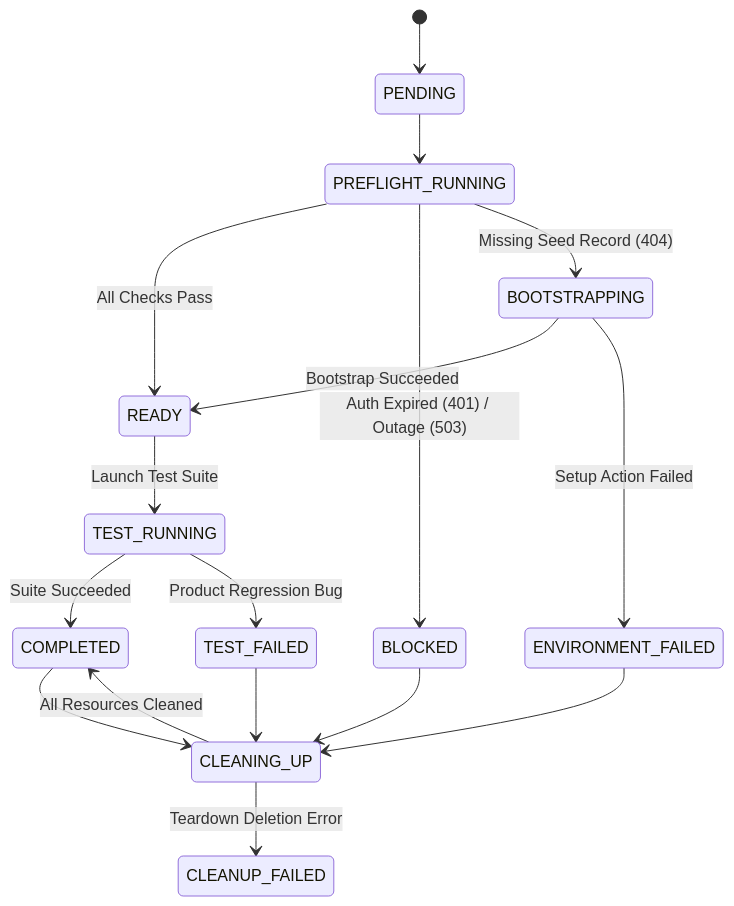
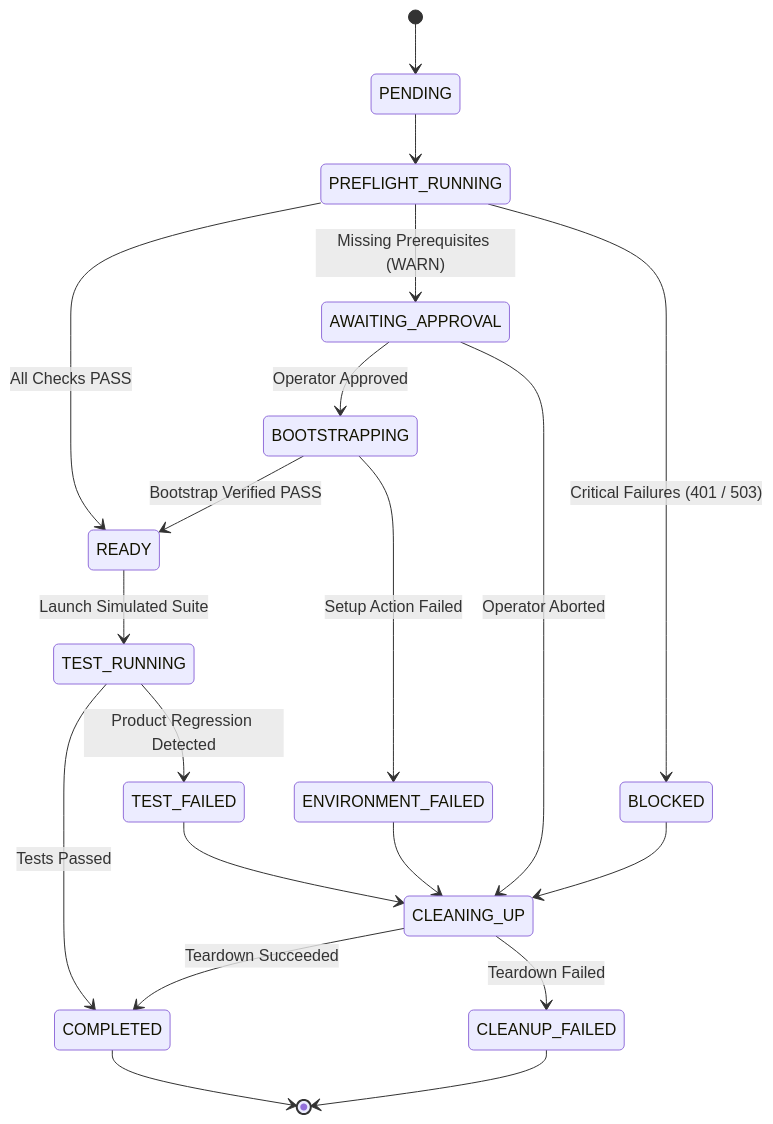
The diagram in README.md (Harsh33t/Enviornment-readiness-Orchestrator-), drawn with Mermaid before and after one commit. The commit also changed other lines of this file and 22 other files, not shown here.

````diff
--- a/README.md
+++ b/README.md
@@ -66,19 +34,22 @@
 ```mermaid
 stateDiagram-v2
     [*] --> PENDING
     PENDING --> PREFLIGHT_RUNNING
-    PREFLIGHT_RUNNING --> READY: All Checks Pass
-    PREFLIGHT_RUNNING --> BLOCKED: Auth Expired (401) / Outage (503)
-    PREFLIGHT_RUNNING --> BOOTSTRAPPING: Missing Seed Record (404)
-    BOOTSTRAPPING --> READY: Bootstrap Succeeded
+    PREFLIGHT_RUNNING --> READY: All Checks PASS
+    PREFLIGHT_RUNNING --> AWAITING_APPROVAL: Missing Prerequisites (WARN)
+    PREFLIGHT_RUNNING --> BLOCKED: Critical Failures (401 / 503)
+    AWAITING_APPROVAL --> BOOTSTRAPPING: Operator Approved
+    AWAITING_APPROVAL --> CLEANING_UP: Operator Aborted
+    BOOTSTRAPPING --> READY: Bootstrap Verified PASS
     BOOTSTRAPPING --> ENVIRONMENT_FAILED: Setup Action Failed
-    READY --> TEST_RUNNING: Launch Test Suite
-    TEST_RUNNING --> COMPLETED: Suite Succeeded
-    TEST_RUNNING --> TEST_FAILED: Product Regression Bug
+    READY --> TEST_RUNNING: Launch Simulated Suite
+    TEST_RUNNING --> COMPLETED: Tests Passed
+    TEST_RUNNING --> TEST_FAILED: Product Regression Detected
     TEST_FAILED --> CLEANING_UP
-    COMPLETED --> CLEANING_UP
     ENVIRONMENT_FAILED --> CLEANING_UP
     BLOCKED --> CLEANING_UP
-    CLEANING_UP --> COMPLETED: All Resources Cleaned
-    CLEANING_UP --> CLEANUP_FAILED: Teardown Deletion Error
+    CLEANING_UP --> COMPLETED: Teardown Succeeded
+    CLEANING_UP --> CLEANUP_FAILED: Teardown Failed
+    COMPLETED --> [*]
+    CLEANUP_FAILED --> [*]
 ```
````
